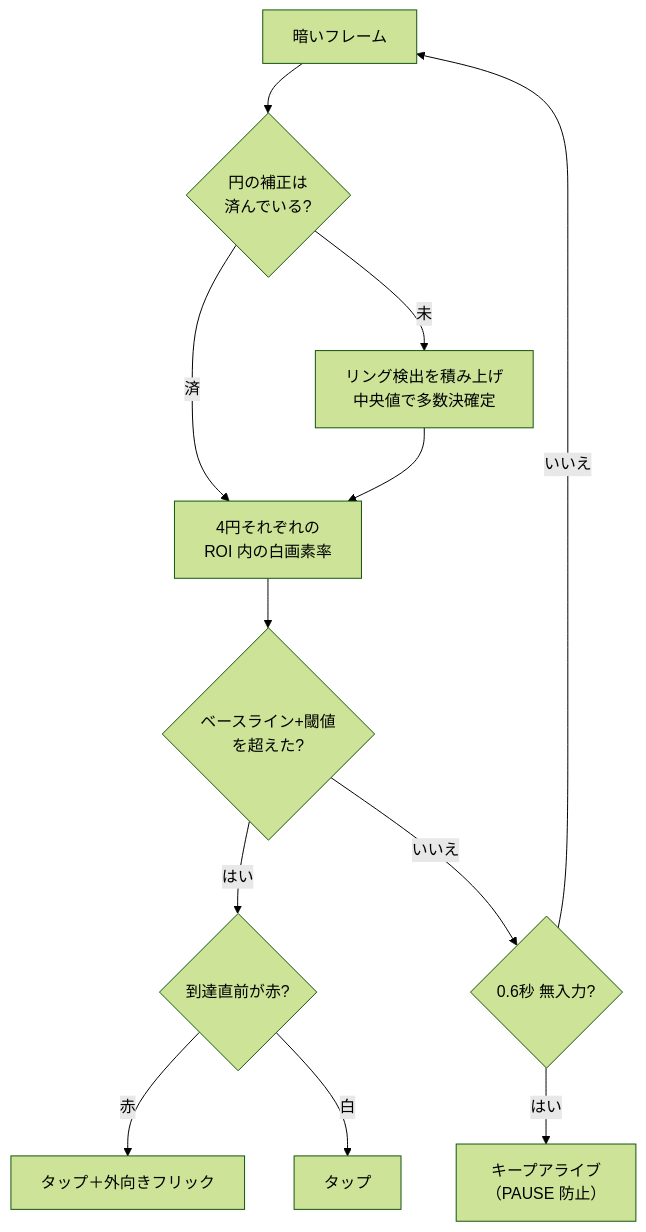
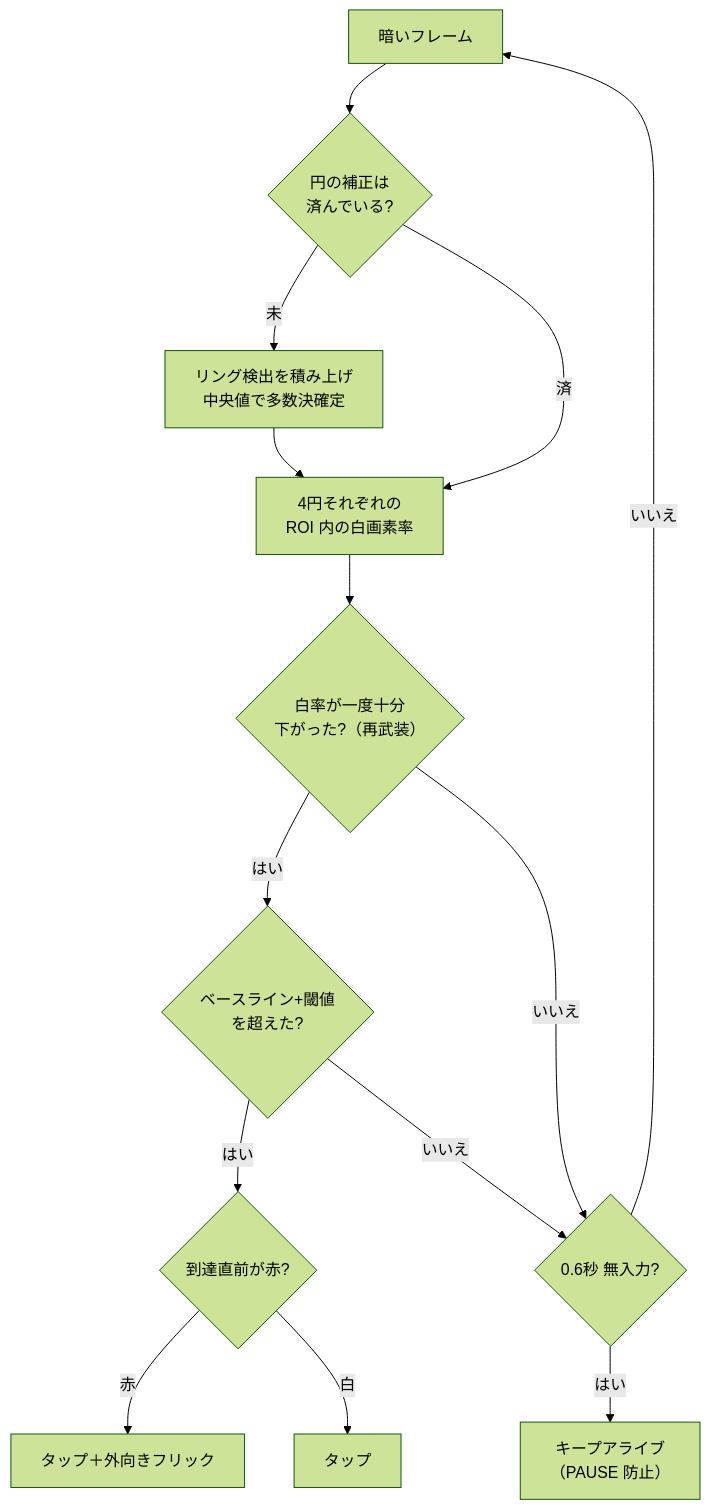
The fourth of 6 diagrams in docs/screen-flow.md (yo4raw/i7_autoplay), drawn with Mermaid (forest theme) before and after one commit. The commit also changed other lines of this file and 45 other files, not shown here.

````diff
--- a/docs/screen-flow.md
+++ b/docs/screen-flow.md
@@ -191,14 +215,16 @@
 ```mermaid
 flowchart TD
     G[暗いフレーム] --> C{"円の補正は<br/>済んでいる?"}
     C -->|未| CAL["リング検出を積み上げ<br/>中央値で多数決確定"]
     C -->|済| ROI
     CAL --> ROI["4円それぞれの<br/>ROI 内の白画素率"]
-    ROI --> TR{"ベースライン+閾値<br/>を超えた?"}
+    ROI --> REARM{"白率が一度十分<br/>下がった?（再武装）"}
+    REARM -->|はい| TR{"ベースライン+閾値<br/>を超えた?"}
+    REARM -->|いいえ| KA{"0.6秒 無入力?"}
     TR -->|はい| RED{"到達直前が赤?"}
     RED -->|赤| FLICK["タップ＋外向きフリック"]
     RED -->|白| TAP[タップ]
     TR -->|いいえ| KA{"0.6秒 無入力?"}
     KA -->|はい| ALIVE["キープアライブ<br/>（PAUSE 防止）"]
     KA -->|いいえ| G
 ```
````
